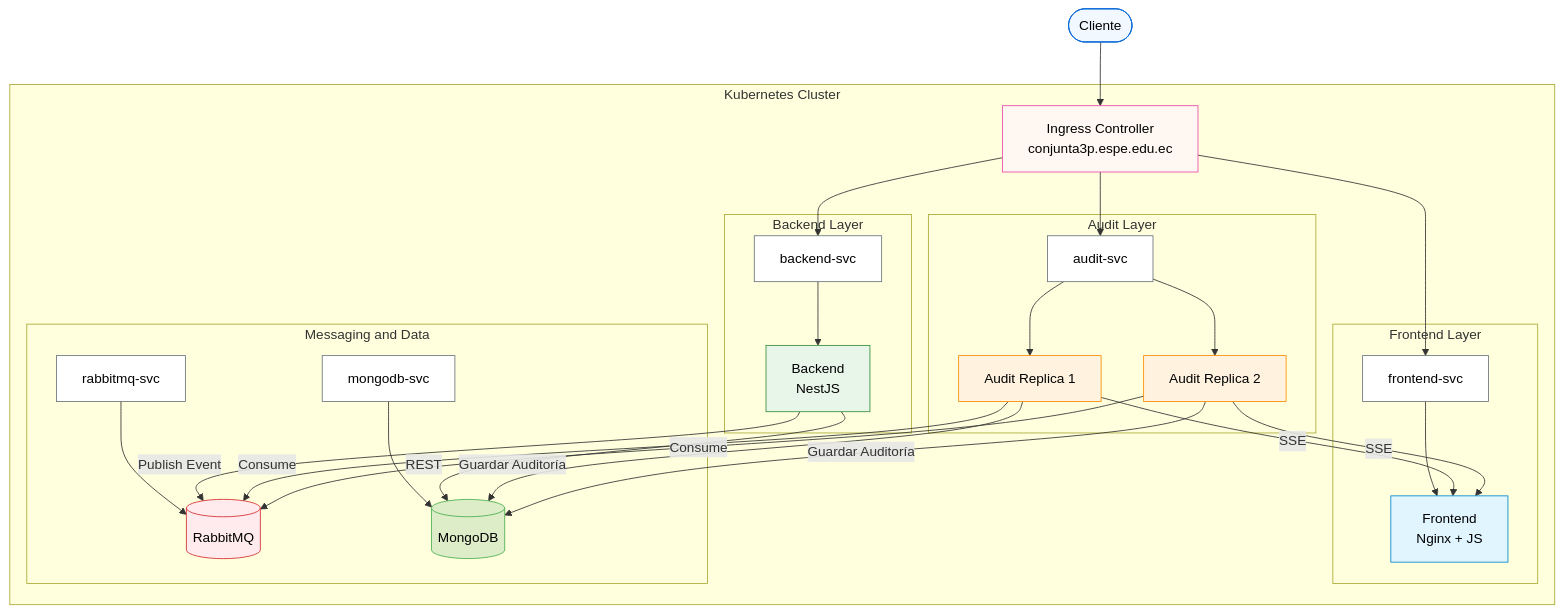
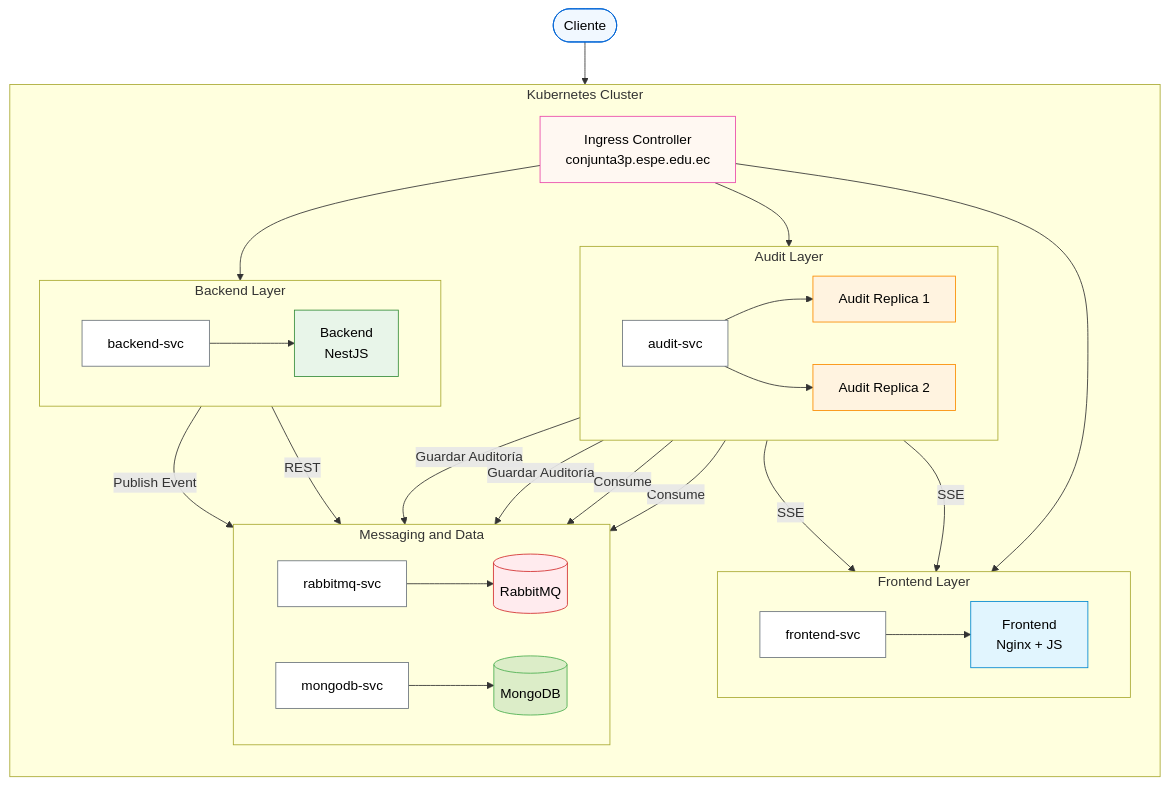
Before and after one commit to MichaelAndresCoronado/PRUEBA-DIAGRAMA_3P: the diagram in README.md, drawn with Mermaid. The commit also changed other lines of this file, not shown here.

````diff
--- a/README.md
+++ b/README.md
@@ -33,66 +33,56 @@
 ```mermaid
-graph TD
+flowchart TB
 
 classDef user fill:#f1f8ff,stroke:#0366d6,color:#000;
 classDef ingress fill:#fff8f2,stroke:#ea4aaa,color:#000;
 classDef frontend fill:#e1f5fe,stroke:#0288d1,color:#000;
 classDef backend fill:#e8f5e9,stroke:#388e3c,color:#000;
 classDef rabbit fill:#ffebee,stroke:#d32f2f,color:#000;
 classDef mongo fill:#dcedc8,stroke:#4CAF50,color:#000;
 classDef audit fill:#fff3e0,stroke:#fb8c00,color:#000;
 classDef service fill:#ffffff,stroke:#6c757d,color:#000;
 
 U([Cliente]):::user
 I[Ingress Controller<br/>conjunta3p.espe.edu.ec]:::ingress
 
 U --> I
 
 subgraph Kubernetes Cluster
+direction TB
 
   subgraph Frontend Layer
-  FS[frontend-svc]:::service
-  FP[Frontend<br/>Nginx + JS]:::frontend
-  FS --> FP
+  direction LR
+  FS[frontend-svc]:::service --> FP[Frontend<br/>Nginx + JS]:::frontend
   end
 
   subgraph Backend Layer
-  BS[backend-svc]:::service
-  BP[Backend<br/>NestJS]:::backend
-  BS --> BP
+  direction LR
+  BS[backend-svc]:::service --> BP[Backend<br/>NestJS]:::backend
   end
 
   subgraph Audit Layer
-  AS[audit-svc]:::service
-  A1[Audit Replica 1]:::audit
-  A2[Audit Replica 2]:::audit
-  AS --> A1
-  AS --> A2
+  direction LR
+  AS[audit-svc]:::service --> A1[Audit Replica 1]:::audit
+  AS --> A2[Audit Replica 2]:::audit
   end
 
   subgraph Messaging and Data
-  RS[rabbitmq-svc]:::service
-  MS[mongodb-svc]:::service
-  RB[(RabbitMQ)]:::rabbit
-  DB[(MongoDB)]:::mongo
-  RS --> RB
-  MS --> DB
+  direction LR
+  RS[rabbitmq-svc]:::service --> RB[(RabbitMQ)]:::rabbit
+  MS[mongodb-svc]:::service --> DB[(MongoDB)]:::mongo
   end
 
   I --> FS
   I --> BS
   I --> AS
-
   BP -->|REST| DB
   BP -->|Publish Event| RB
-
   A1 -->|Consume| RB
   A2 -->|Consume| RB
-
   A1 -->|Guardar Auditoría| DB
   A2 -->|Guardar Auditoría| DB
-
   A1 -->|SSE| FP
   A2 -->|SSE| FP
 
 end
 ```
````
